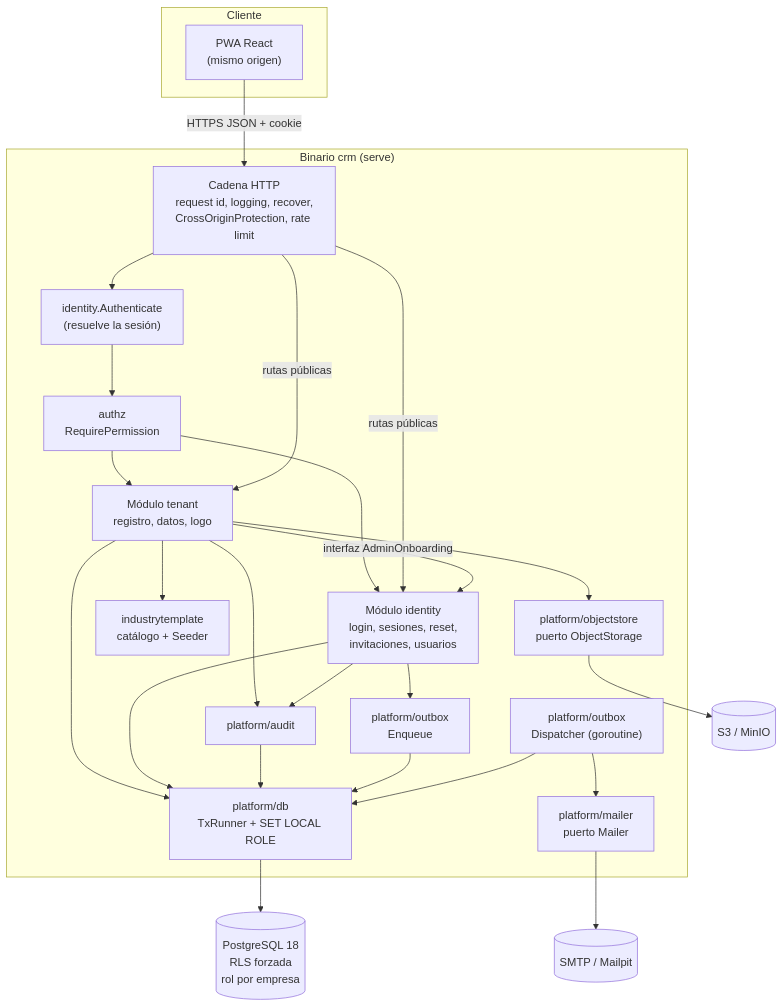
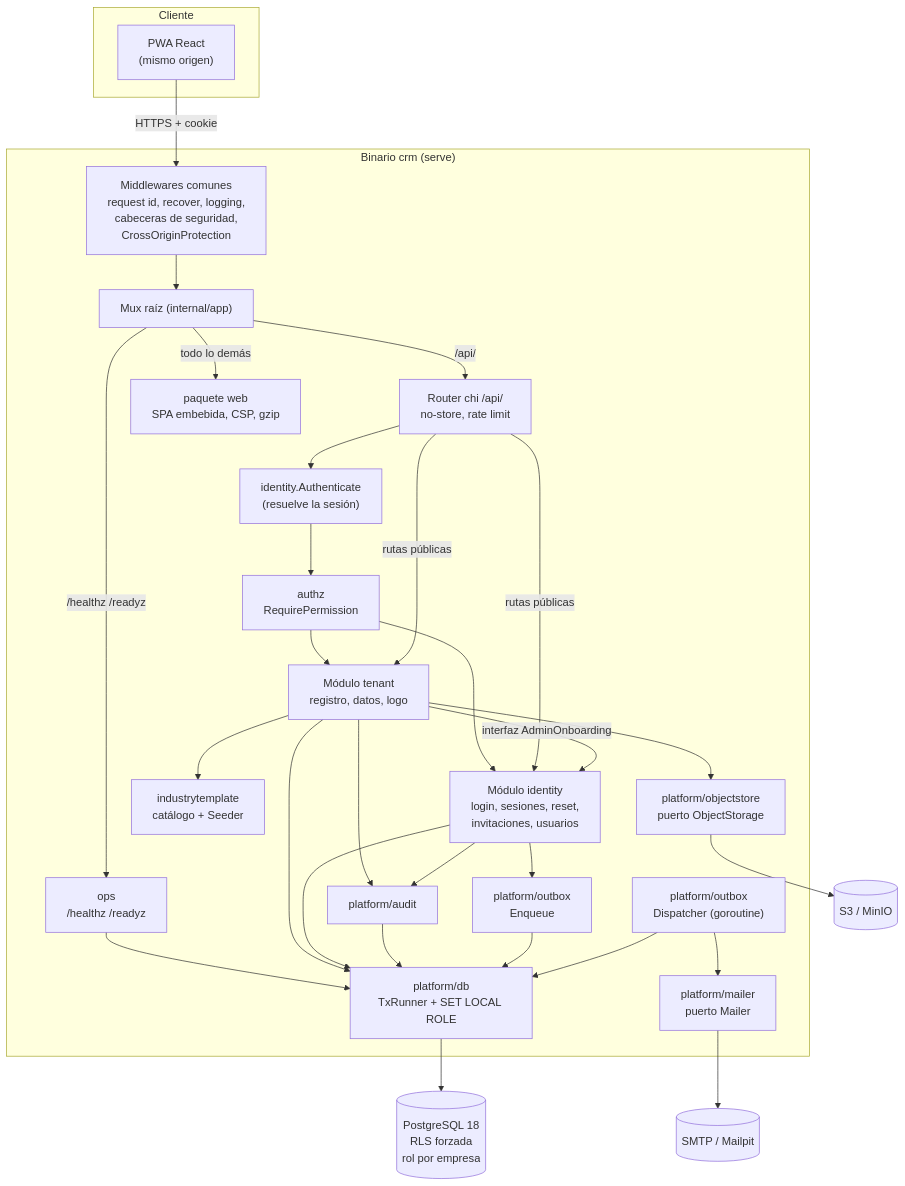
One commit to fdelillo/crm changed the first of 9 diagrams in specs/001-empresas-usuarios/plan.md. Above: the diagram before and after it, drawn with Mermaid. The commit also changed other lines of this file and 8 other files, not shown here.

````diff
--- a/specs/001-empresas-usuarios/plan.md
+++ b/specs/001-empresas-usuarios/plan.md
@@ -98,47 +107,56 @@
 ```mermaid
 graph TB
     subgraph Cliente
         SPA["PWA React<br/>(mismo origen)"]
     end
 
     subgraph Binario["Binario crm (serve)"]
-        MW["Cadena HTTP<br/>request id, logging, recover,<br/>CrossOriginProtection, rate limit"]
+        MW["Middlewares comunes<br/>request id, recover, logging,<br/>cabeceras de seguridad,<br/>CrossOriginProtection"]
+        ROOT["Mux raíz (internal/app)"]
+        API["Router chi /api/<br/>no-store, rate limit"]
+        OPS["ops<br/>/healthz /readyz"]
+        WEB["paquete web<br/>SPA embebida, CSP, gzip"]
         AUTHN["identity.Authenticate<br/>(resuelve la sesión)"]
         AUTHZ["authz<br/>RequirePermission"]
         TEN["Módulo tenant<br/>registro, datos, logo"]
         IDN["Módulo identity<br/>login, sesiones, reset,<br/>invitaciones, usuarios"]
         TPL["industrytemplate<br/>catálogo + Seeder"]
         AUD["platform/audit"]
         OBX["platform/outbox<br/>Enqueue"]
         WRK["platform/outbox<br/>Dispatcher (goroutine)"]
         DBP["platform/db<br/>TxRunner + SET LOCAL ROLE"]
         MAIL["platform/mailer<br/>puerto Mailer"]
         OBJ["platform/objectstore<br/>puerto ObjectStorage"]
     end
 
     PG[("PostgreSQL 18<br/>RLS forzada<br/>rol por empresa")]
     S3[("S3 / MinIO")]
     SMTP[("SMTP / Mailpit")]
 
-    SPA -->|"HTTPS JSON + cookie"| MW
-    MW --> AUTHN --> AUTHZ
+    SPA -->|"HTTPS + cookie"| MW
+    MW --> ROOT
+    ROOT -->|"/api/"| API
+    ROOT -->|"/healthz /readyz"| OPS
+    ROOT -->|"todo lo demás"| WEB
+    API --> AUTHN --> AUTHZ
     AUTHZ --> TEN
     AUTHZ --> IDN
-    MW -->|"rutas públicas"| TEN
-    MW -->|"rutas públicas"| IDN
+    API -->|"rutas públicas"| TEN
+    API -->|"rutas públicas"| IDN
+    OPS --> DBP
     TEN -->|"interfaz AdminOnboarding"| IDN
     TEN --> TPL
     TEN --> OBJ
     TEN --> AUD
     IDN --> AUD
     IDN --> OBX
     TEN --> DBP
     IDN --> DBP
     AUD --> DBP
     OBX --> DBP
     WRK --> DBP
     WRK --> MAIL
     DBP --> PG
     OBJ --> S3
     MAIL --> SMTP
 ```
````
